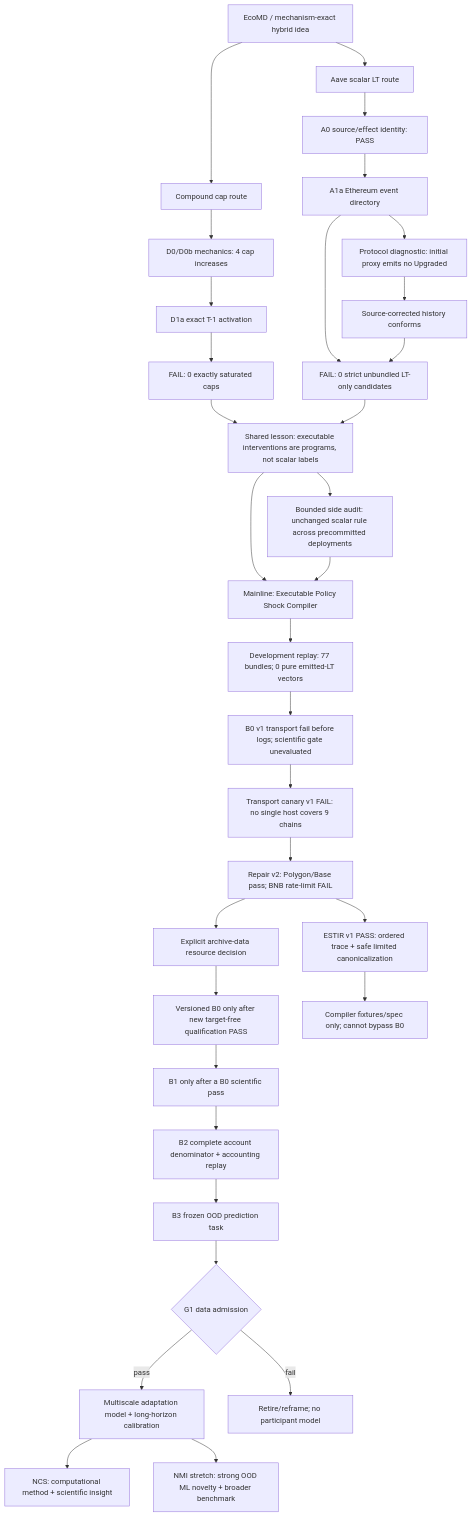
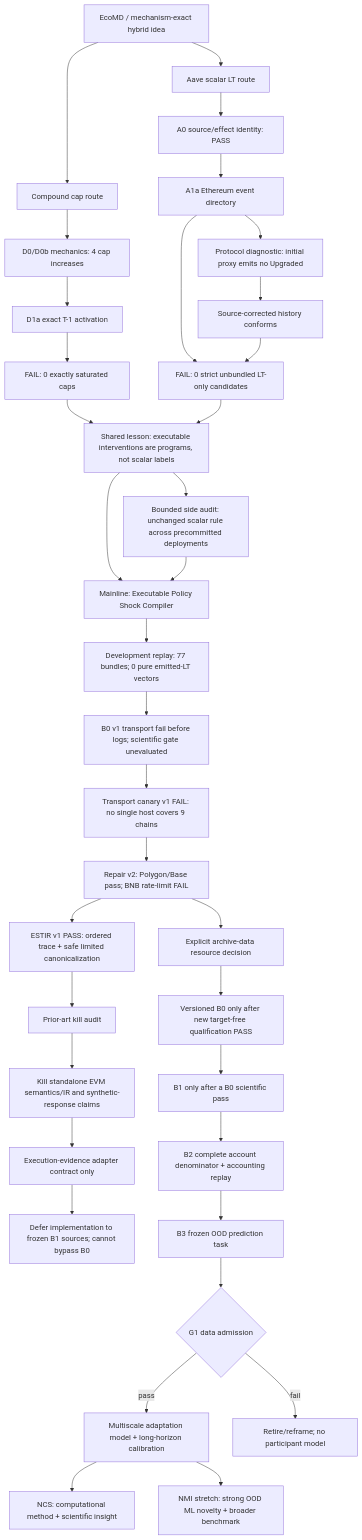
Before and after one commit to howardwang1997/ecophys: the diagram in papers/proposal/v14_policy_shock_research_topology_2026-08-16.md, drawn with Mermaid. The commit also changed other lines of this file and 10 other files, not shown here.

````diff
--- a/papers/proposal/v14_policy_shock_research_topology_2026-08-16.md
+++ b/papers/proposal/v14_policy_shock_research_topology_2026-08-16.md
@@ -6,35 +6,38 @@
 ```mermaid
 flowchart TD
     E[EcoMD / mechanism-exact hybrid idea] --> C[Compound cap route]
     E --> A[Aave scalar LT route]
     C --> C0[D0/D0b mechanics: 4 cap increases]
     C0 --> C1[D1a exact T-1 activation]
     C1 --> CF[FAIL: 0 exactly saturated caps]
     A --> A0[A0 source/effect identity: PASS]
     A0 --> A1[A1a Ethereum event directory]
     A1 --> AF[FAIL: 0 strict unbundled LT-only candidates]
     A1 --> PD[Protocol diagnostic: initial proxy emits no Upgraded]
     PD --> HC[Source-corrected history conforms]
     HC --> AF
     CF --> S[Shared lesson: executable interventions are programs, not scalar labels]
     AF --> S
     S --> V[Mainline: Executable Policy Shock Compiler]
     S --> XS[Bounded side audit: unchanged scalar rule across precommitted deployments]
     XS --> V
     V --> E0[Development replay: 77 bundles; 0 pure emitted-LT vectors]
     E0 --> B0[B0 v1 transport fail before logs; scientific gate unevaluated]
     B0 --> T0[Transport canary v1 FAIL: no single host covers 9 chains]
     T0 --> T1[Repair v2: Polygon/Base pass; BNB rate-limit FAIL]
     T1 --> AR[Explicit archive-data resource decision]
     AR --> B0V2[Versioned B0 only after new target-free qualification PASS]
     T1 --> IR[ESTIR v1 PASS: ordered trace + safe limited canonicalization]
-    IR --> IRS[Compiler fixtures/spec only; cannot bypass B0]
+    IR --> PA[Prior-art kill audit]
+    PA --> K[Kill standalone EVM semantics/IR and synthetic-response claims]
+    K --> EA[Execution-evidence adapter contract only]
+    EA --> IRS[Defer implementation to frozen B1 sources; cannot bypass B0]
     B0V2 --> B1[B1 only after a B0 scientific pass]
     B1 --> B2[B2 complete account denominator + accounting replay]
     B2 --> B3[B3 frozen OOD prediction task]
     B3 --> G1{G1 data admission}
     G1 -->|pass| M[Multiscale adaptation model + long-horizon calibration]
     G1 -->|fail| R[Retire/reframe; no participant model]
     M --> NCS[NCS: computational method + scientific insight]
     M --> NMI[NMI stretch: strong OOD ML novelty + broader benchmark]
 ```
````
